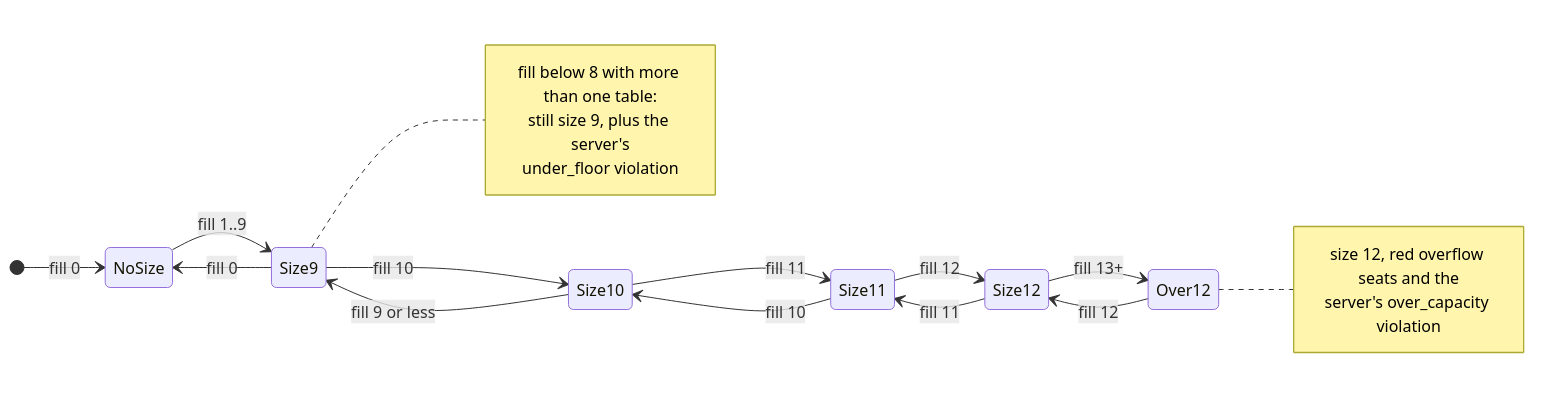
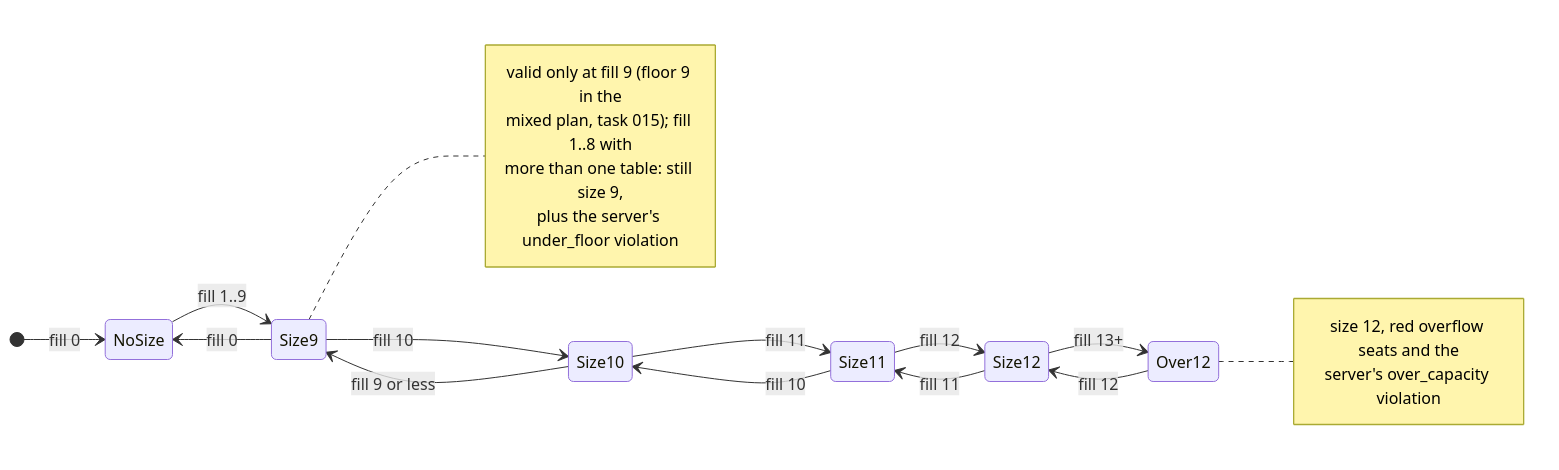
One commit to emicon123/wedding-seating-planner changed the seventh of 7 diagrams in docs/architecture/diagrams/001-state-machine.md. Above: the diagram before and after it, drawn with Mermaid. The commit also changed other lines of this file and 10 other files, not shown here.

First line of the commit message:
docs(architecture): mixed plan maximises net satisfaction with free table count, floor 9 (task 015, phase A2)

````diff
--- a/docs/architecture/diagrams/001-state-machine.md
+++ b/docs/architecture/diagrams/001-state-machine.md
@@ -229,24 +229,25 @@
 ```mermaid
 stateDiagram-v2
     direction LR
     [*] --> NoSize: fill 0
     NoSize --> Size9: fill 1..9
     Size9 --> Size10: fill 10
     Size10 --> Size11: fill 11
     Size11 --> Size12: fill 12
     Size12 --> Over12: fill 13+
     Over12 --> Size12: fill 12
     Size12 --> Size11: fill 11
     Size11 --> Size10: fill 10
     Size10 --> Size9: fill 9 or less
     Size9 --> NoSize: fill 0
     note right of Size9
-        fill below 8 with more than one table:
-        still size 9, plus the server's
-        under_floor violation
+        valid only at fill 9 (floor 9 in the
+        mixed plan, task 015); fill 1..8 with
+        more than one table: still size 9,
+        plus the server's under_floor violation
     end note
     note right of Over12
         size 12, red overflow seats and the
         server's over_capacity violation
     end note
 ```
````
